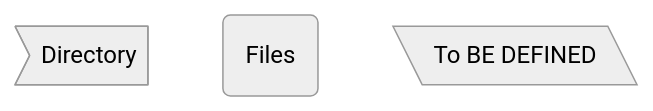
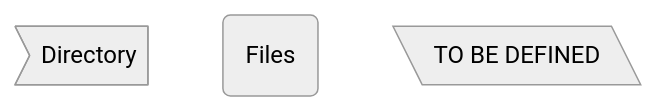
One commit to SwEnt-Fall-2024-Group-22/Cyrcle changed the third of 3 diagrams in docs/Architecture.md. Above: the diagram before and after it, drawn with Mermaid. The commit also changed other lines of this file, not shown here.

First line of the commit message:
doc: import bootcamp architecture description

````diff
--- a/docs/Architecture.md
+++ b/docs/Architecture.md
@@ -54,11 +66,11 @@
 ```mermaid
 ---
 config:
     theme: neutral
     fontFamily: helvetica
 ---
 flowchart TB
     A>Directory]
     B(Files)
-    C[\To BE DEFINED\]
+    C[\TO BE DEFINED\]
 ```
````
